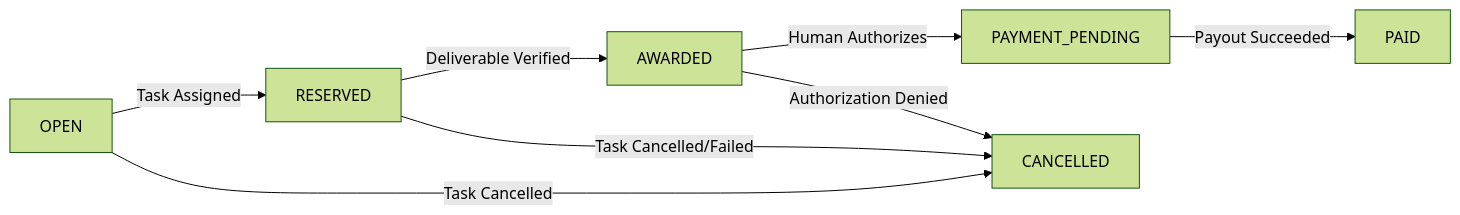
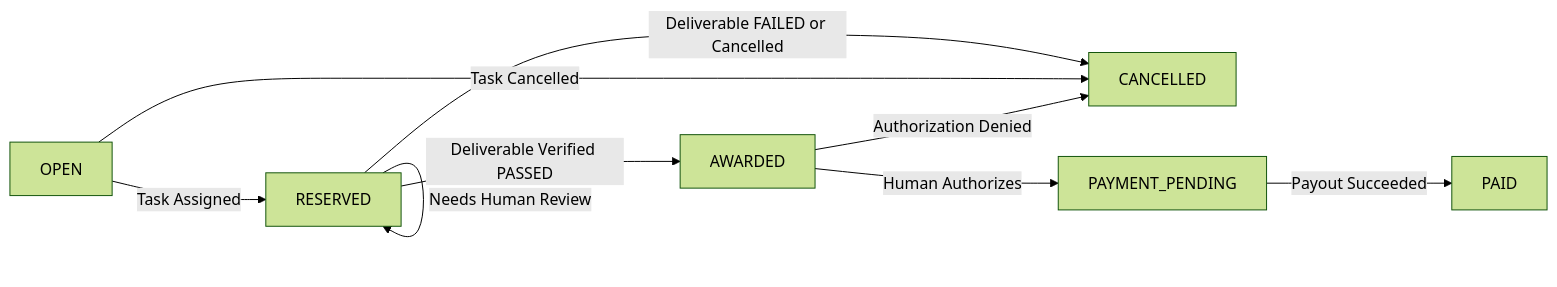
The second of 5 diagrams in docs/STATE_MACHINES.md (anuj14122007/Agent-Bounty), drawn with Mermaid (forest theme) before and after one commit. The commit also changed other lines of this file and 28 other files, not shown here.

````diff
--- a/docs/STATE_MACHINES.md
+++ b/docs/STATE_MACHINES.md
@@ -51,10 +52,11 @@
 ```mermaid
 flowchart LR
     OPEN -->|Task Assigned| RESERVED
-    RESERVED -->|Deliverable Verified| AWARDED
+    RESERVED -->|Deliverable Verified PASSED| AWARDED
+    RESERVED -->|Deliverable FAILED or Cancelled| CANCELLED
+    RESERVED -->|Needs Human Review| RESERVED
     AWARDED -->|Human Authorizes| PAYMENT_PENDING
     PAYMENT_PENDING -->|Payout Succeeded| PAID
     OPEN -->|Task Cancelled| CANCELLED
-    RESERVED -->|Task Cancelled/Failed| CANCELLED
     AWARDED -->|Authorization Denied| CANCELLED
 ```
````
